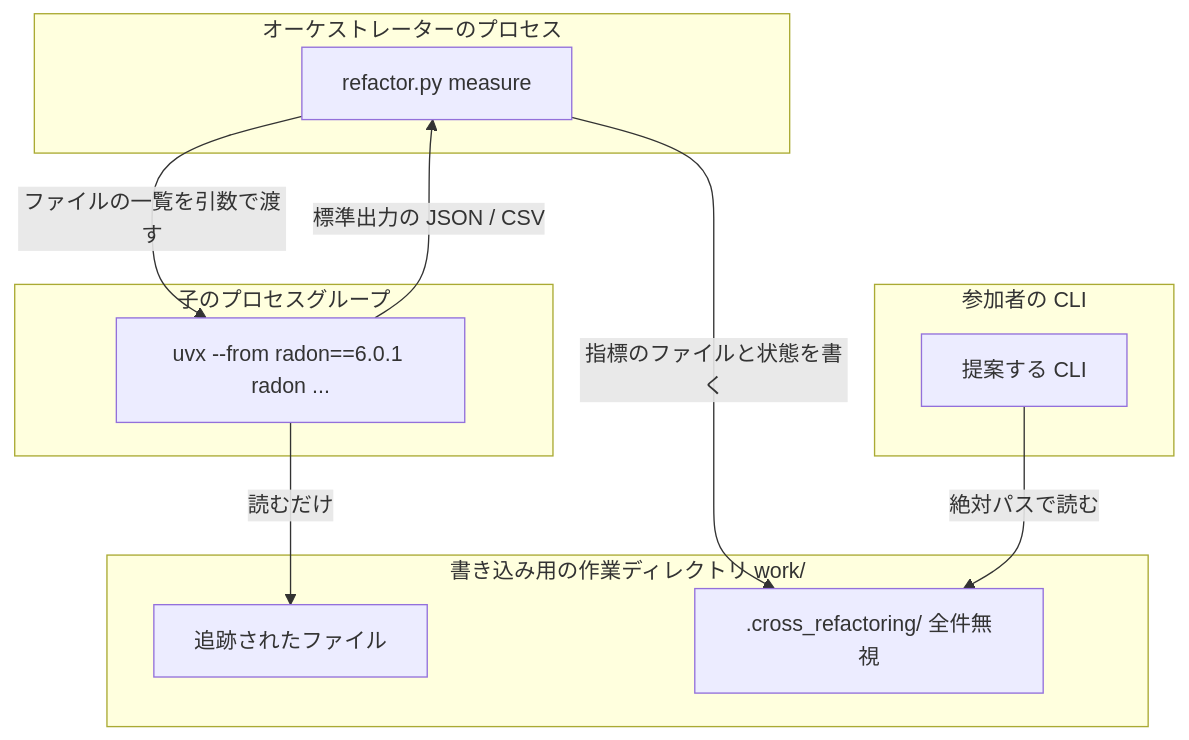
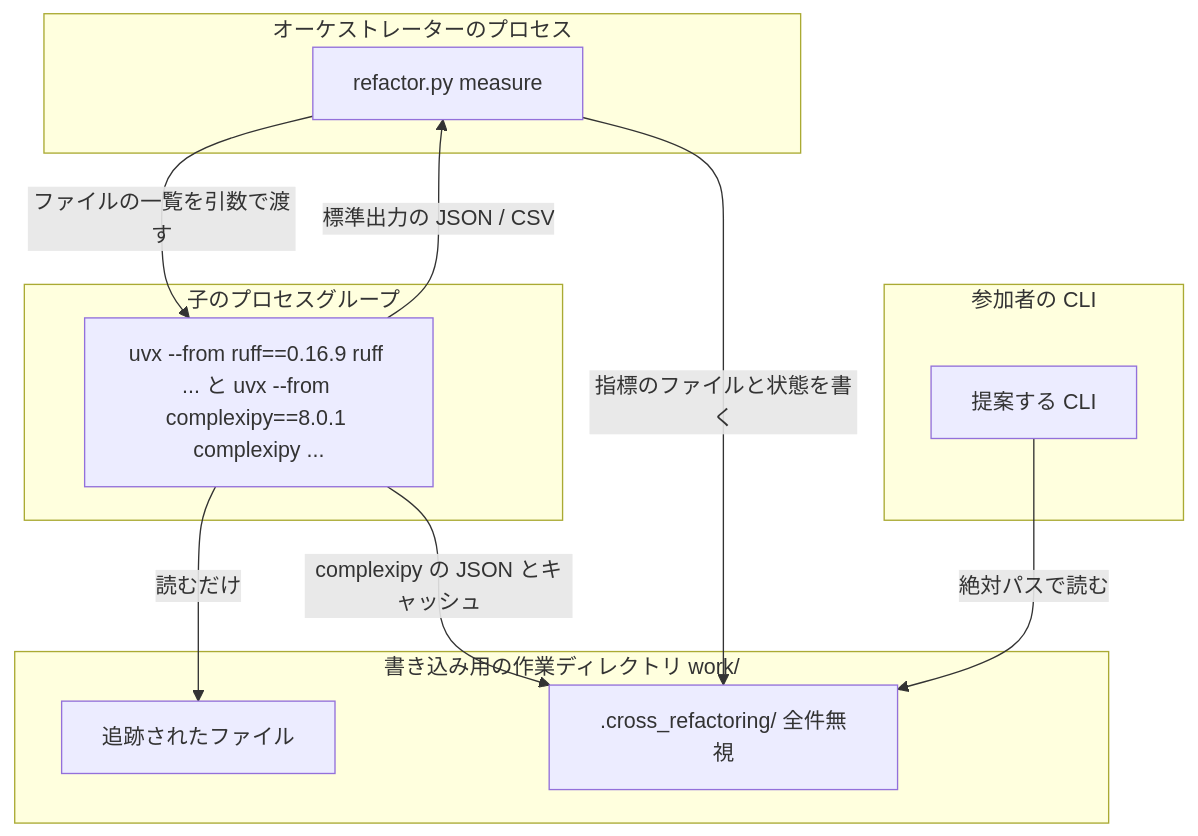
The third of 7 diagrams in issues/issue-1319-design.md (devbasex/ai-plugins), drawn with Mermaid before and after one commit. The commit also changed other lines of this file and 3 other files, not shown here.

First line of the commit message:
Update: #1319 の設計で Python の指標を Ruff と complexipy にする

````diff
--- a/issues/issue-1319-design.md
+++ b/issues/issue-1319-design.md
@@ -170,21 +171,22 @@
 ```mermaid
 graph TD
     subgraph オーケストレーターのプロセス
         M[refactor.py measure]
     end
     subgraph 子のプロセスグループ
-        U[uvx --from radon==6.0.1 radon ...]
+        U[uvx --from ruff==0.16.9 ruff ... と uvx --from complexipy==8.0.1 complexipy ...]
     end
     subgraph 書き込み用の作業ディレクトリ work/
         S[追跡されたファイル]
         TMP[.cross_refactoring/ 全件無視]
     end
     subgraph 参加者の CLI
         R[提案する CLI]
     end
     M -- ファイルの一覧を引数で渡す --> U
     U -- 読むだけ --> S
     U -- 標準出力の JSON / CSV --> M
+    U -- complexipy の JSON とキャッシュ --> TMP
     M -- 指標のファイルと状態を書く --> TMP
     R -- 絶対パスで読む --> TMP
 ```
````
